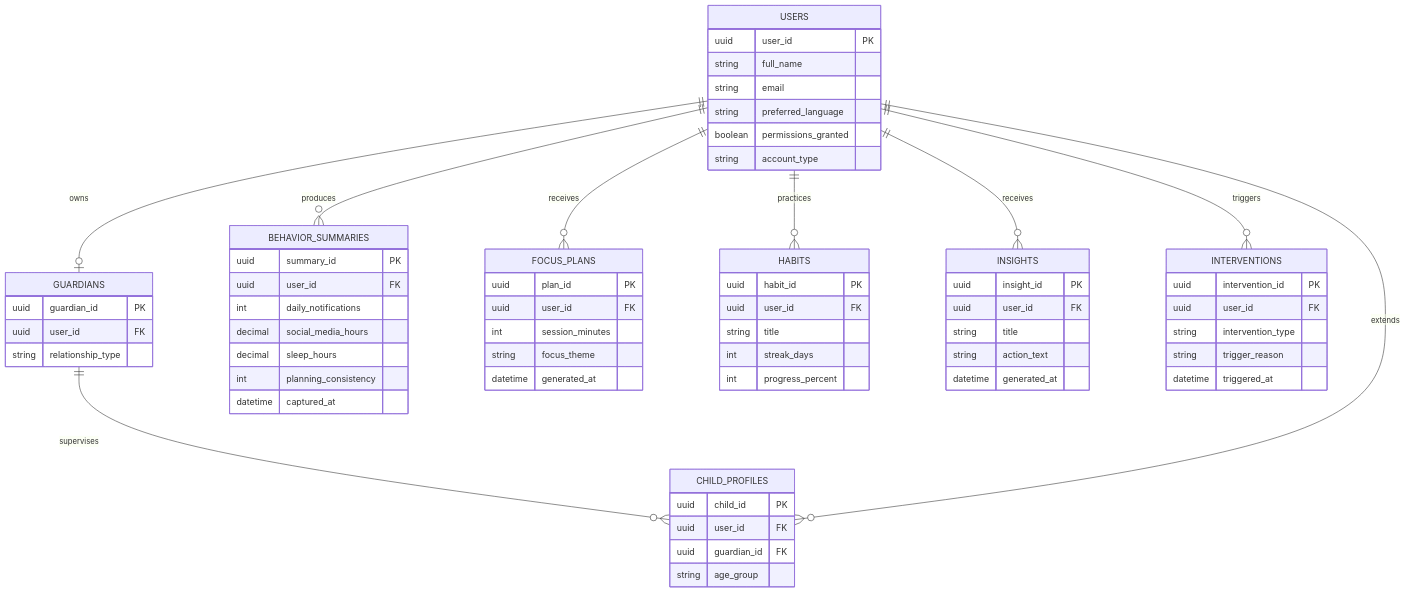
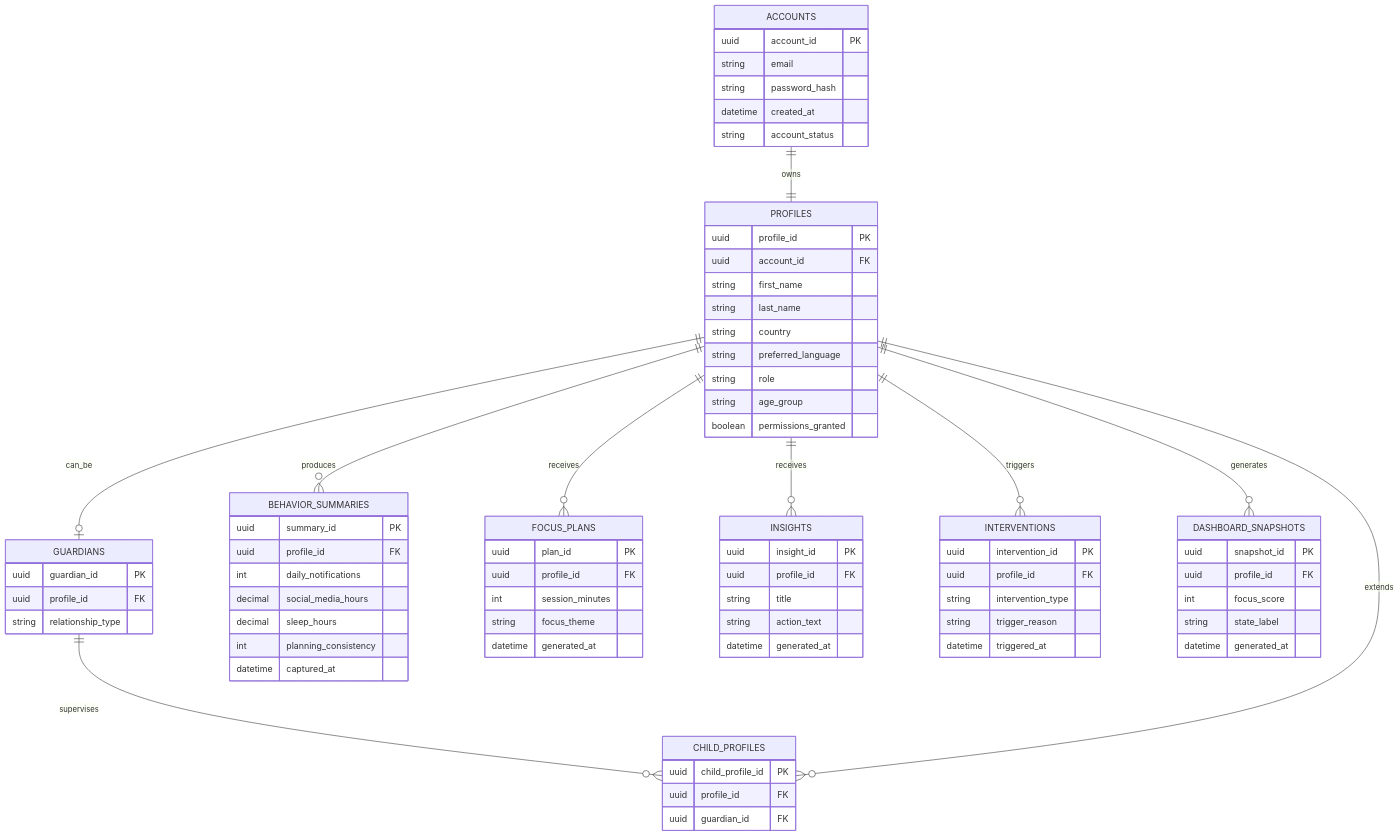
The seventh of 7 diagrams in ARCHITECTURE_DIAGRAM.md (BasantSaad/brain-rot-X-BRAIN-BOOST), drawn with Mermaid before and after one commit. The commit also changed other lines of this file and 16 other files, not shown here.

````diff
--- a/ARCHITECTURE_DIAGRAM.md
+++ b/ARCHITECTURE_DIAGRAM.md
@@ -197,30 +179,40 @@
 ```mermaid
 erDiagram
-    USERS {
-        uuid user_id PK
-        string full_name
+    ACCOUNTS {
+        uuid account_id PK
         string email
+        string password_hash
+        datetime created_at
+        string account_status
+    }
+
+    PROFILES {
+        uuid profile_id PK
+        uuid account_id FK
+        string first_name
+        string last_name
+        string country
         string preferred_language
+        string role
+        string age_group
         boolean permissions_granted
-        string account_type
     }
 
     GUARDIANS {
         uuid guardian_id PK
-        uuid user_id FK
+        uuid profile_id FK
         string relationship_type
     }
 
     CHILD_PROFILES {
-        uuid child_id PK
-        uuid user_id FK
+        uuid child_profile_id PK
+        uuid profile_id FK
         uuid guardian_id FK
-        string age_group
     }
 
     BEHAVIOR_SUMMARIES {
         uuid summary_id PK
-        uuid user_id FK
+        uuid profile_id FK
         int daily_notifications
         decimal social_media_hours
         decimal sleep_hours
@@ -230,23 +222,15 @@
 
     FOCUS_PLANS {
         uuid plan_id PK
-        uuid user_id FK
+        uuid profile_id FK
         int session_minutes
         string focus_theme
         datetime generated_at
     }
 
-    HABITS {
-        uuid habit_id PK
-        uuid user_id FK
-        string title
-        int streak_days
-        int progress_percent
-    }
-
     INSIGHTS {
         uuid insight_id PK
-        uuid user_id FK
+        uuid profile_id FK
         string title
         string action_text
         datetime generated_at
@@ -254,18 +238,27 @@
 
     INTERVENTIONS {
         uuid intervention_id PK
-        uuid user_id FK
+        uuid profile_id FK
         string intervention_type
         string trigger_reason
         datetime triggered_at
     }
 
-    USERS ||--o| GUARDIANS : owns
+    DASHBOARD_SNAPSHOTS {
+        uuid snapshot_id PK
+        uuid profile_id FK
+        int focus_score
+        string state_label
+        datetime generated_at
+    }
+
+    ACCOUNTS ||--|| PROFILES : owns
+    PROFILES ||--o| GUARDIANS : can_be
     GUARDIANS ||--o{ CHILD_PROFILES : supervises
-    USERS ||--o{ CHILD_PROFILES : extends
-    USERS ||--o{ BEHAVIOR_SUMMARIES : produces
-    USERS ||--o{ FOCUS_PLANS : receives
-    USERS ||--o{ HABITS : practices
-    USERS ||--o{ INSIGHTS : receives
-    USERS ||--o{ INTERVENTIONS : triggers
+    PROFILES ||--o{ CHILD_PROFILES : extends
+    PROFILES ||--o{ BEHAVIOR_SUMMARIES : produces
+    PROFILES ||--o{ FOCUS_PLANS : receives
+    PROFILES ||--o{ INSIGHTS : receives
+    PROFILES ||--o{ INTERVENTIONS : triggers
+    PROFILES ||--o{ DASHBOARD_SNAPSHOTS : generates
 ```
````
